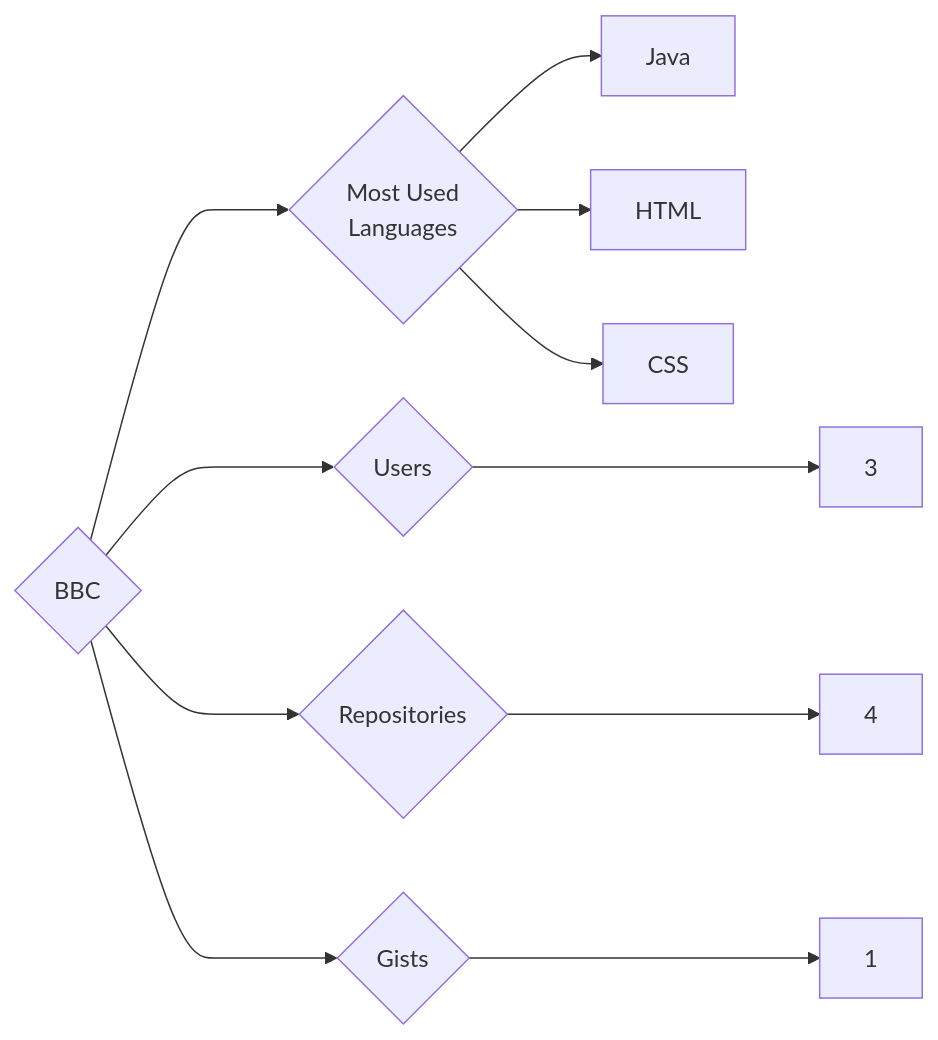
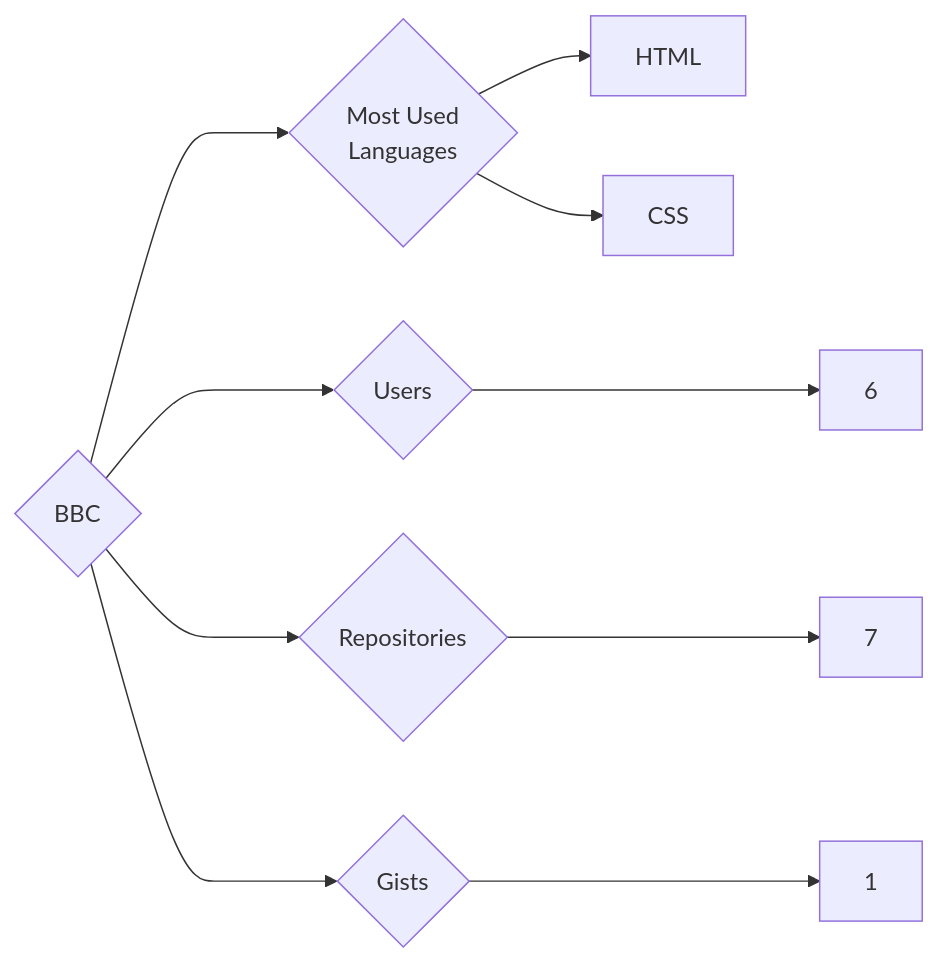
One commit to trickest/insiders changed the diagram in targets/BBC/README.md. Above: the diagram before and after it, drawn with Mermaid. The commit also changed 1089 other files, not shown here.

````diff
--- a/targets/BBC/README.md
+++ b/targets/BBC/README.md
@@ -3,11 +3,10 @@
 ```mermaid
 graph LR
 COMPANY_NAME{BBC}
-COMPANY_NAME ---> U{Users} ---> UN[3]
-COMPANY_NAME ---> R{Repositories} ---> RN[4]
+COMPANY_NAME ---> U{Users} ---> UN[6]
+COMPANY_NAME ---> R{Repositories} ---> RN[7]
 COMPANY_NAME ---> G{Gists} ---> GN[1]
 COMPANY_NAME ---> ML{Most Used<br>Languages}
-ML --> Java[Java]
 ML --> HTML[HTML]
 ML --> CSS[CSS]
 ```
````
